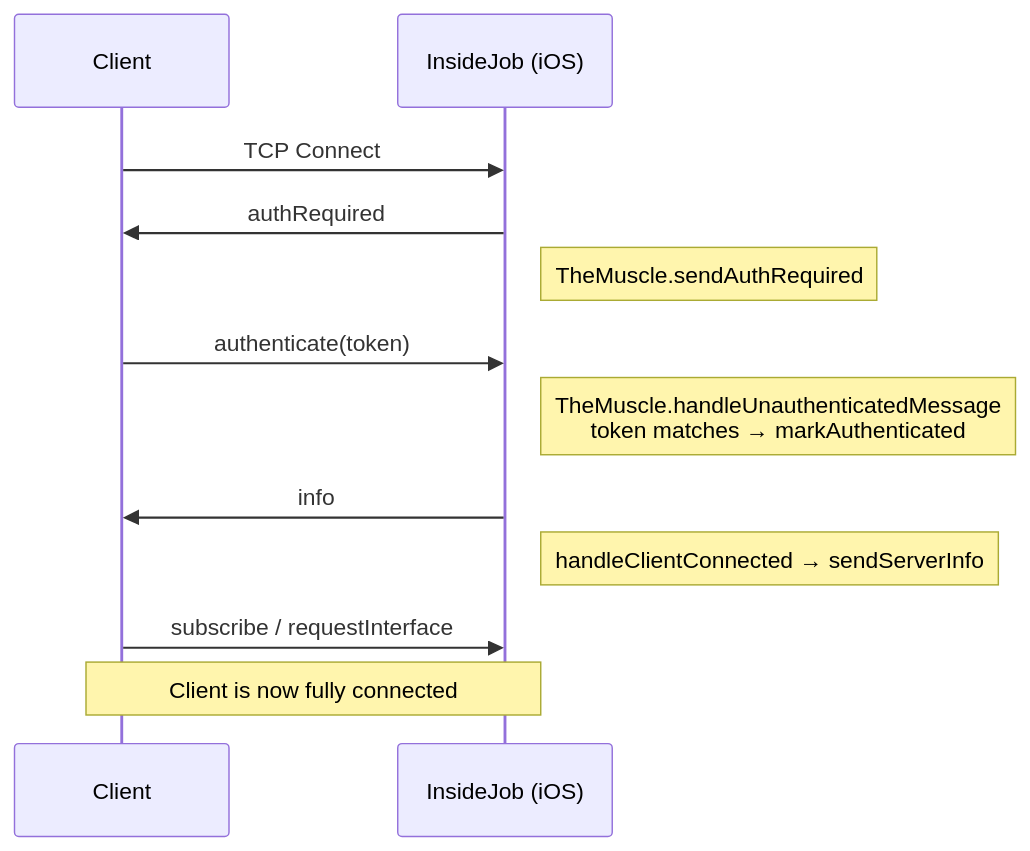
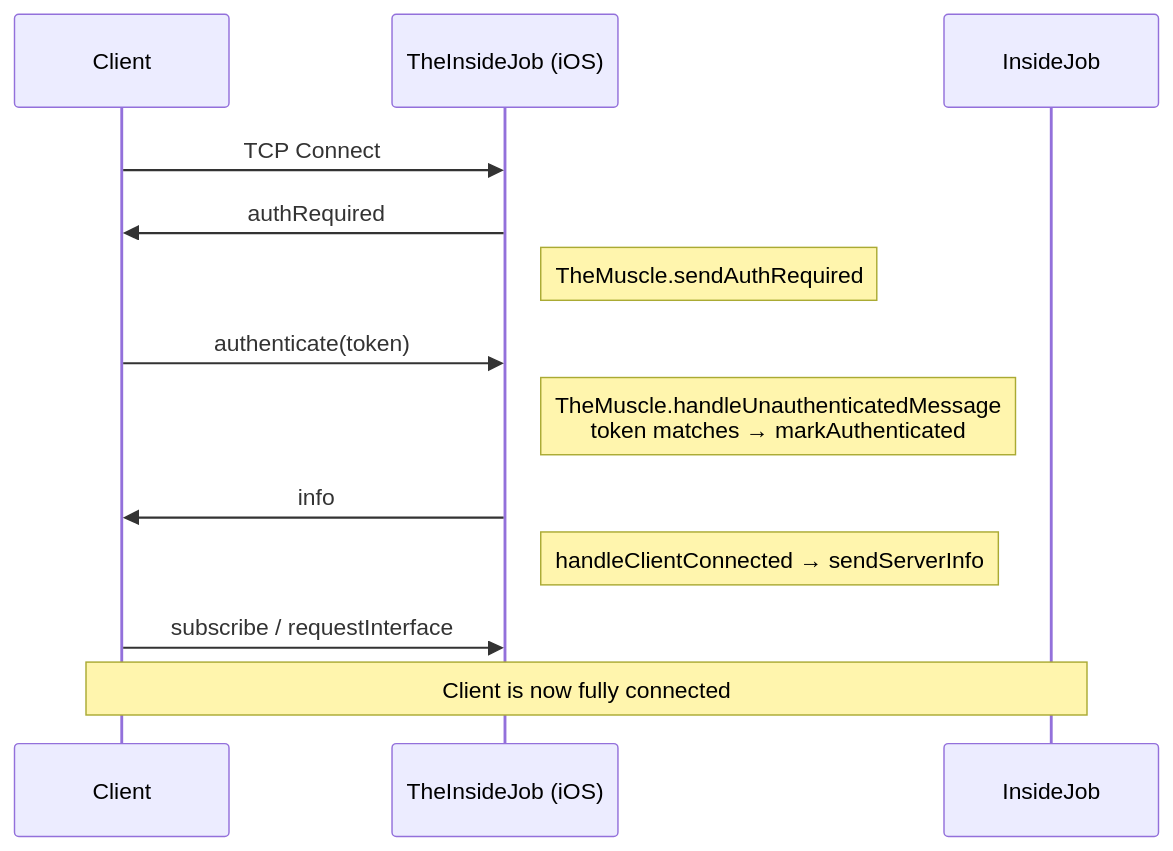
One commit to RoyalPineapple/TheButtonHeist changed the second of 5 diagrams in docs/AUTH.md. Above: the diagram before and after it, drawn with Mermaid. The commit also changed other lines of this file and 66 other files, not shown here.

Commit message:
Rename InsideJob to TheInsideJob (framework and class only)

````diff
--- a/docs/AUTH.md
+++ b/docs/AUTH.md
@@ -69,15 +69,15 @@
 ```mermaid
 sequenceDiagram
     participant Client
-    participant InsideJob as InsideJob (iOS)
+    participant TheInsideJob as TheInsideJob (iOS)
 
-    Client->>InsideJob: TCP Connect
-    InsideJob->>Client: authRequired
-    Note right of InsideJob: TheMuscle.sendAuthRequired
-    Client->>InsideJob: authenticate(token)
-    Note right of InsideJob: TheMuscle.handleUnauthenticatedMessage<br/>token matches → markAuthenticated
-    InsideJob->>Client: info
-    Note right of InsideJob: handleClientConnected → sendServerInfo
-    Client->>InsideJob: subscribe / requestInterface
+    Client->>TheInsideJob: TCP Connect
+    TheInsideJob->>Client: authRequired
+    Note right of TheInsideJob: TheMuscle.sendAuthRequired
+    Client->>TheInsideJob: authenticate(token)
+    Note right of TheInsideJob: TheMuscle.handleUnauthenticatedMessage<br/>token matches → markAuthenticated
+    TheInsideJob->>Client: info
+    Note right of TheInsideJob: handleClientConnected → sendServerInfo
+    Client->>TheInsideJob: subscribe / requestInterface
     Note over Client,InsideJob: Client is now fully connected
 ```
````
